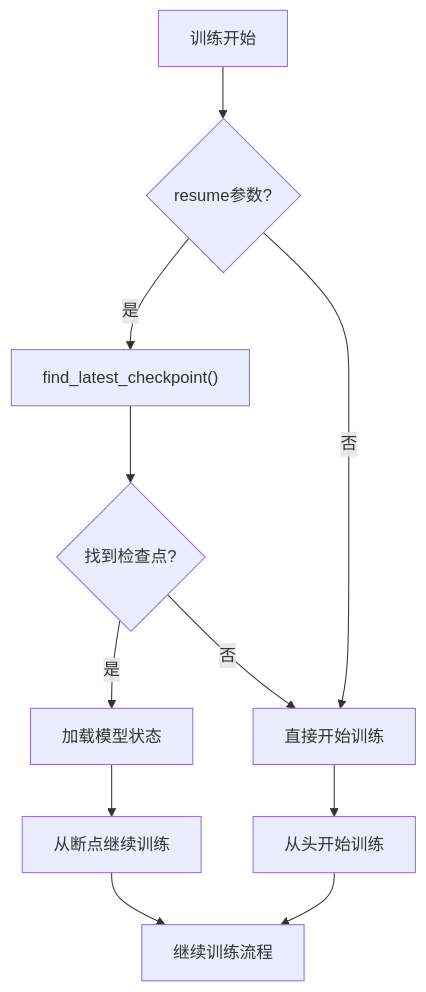
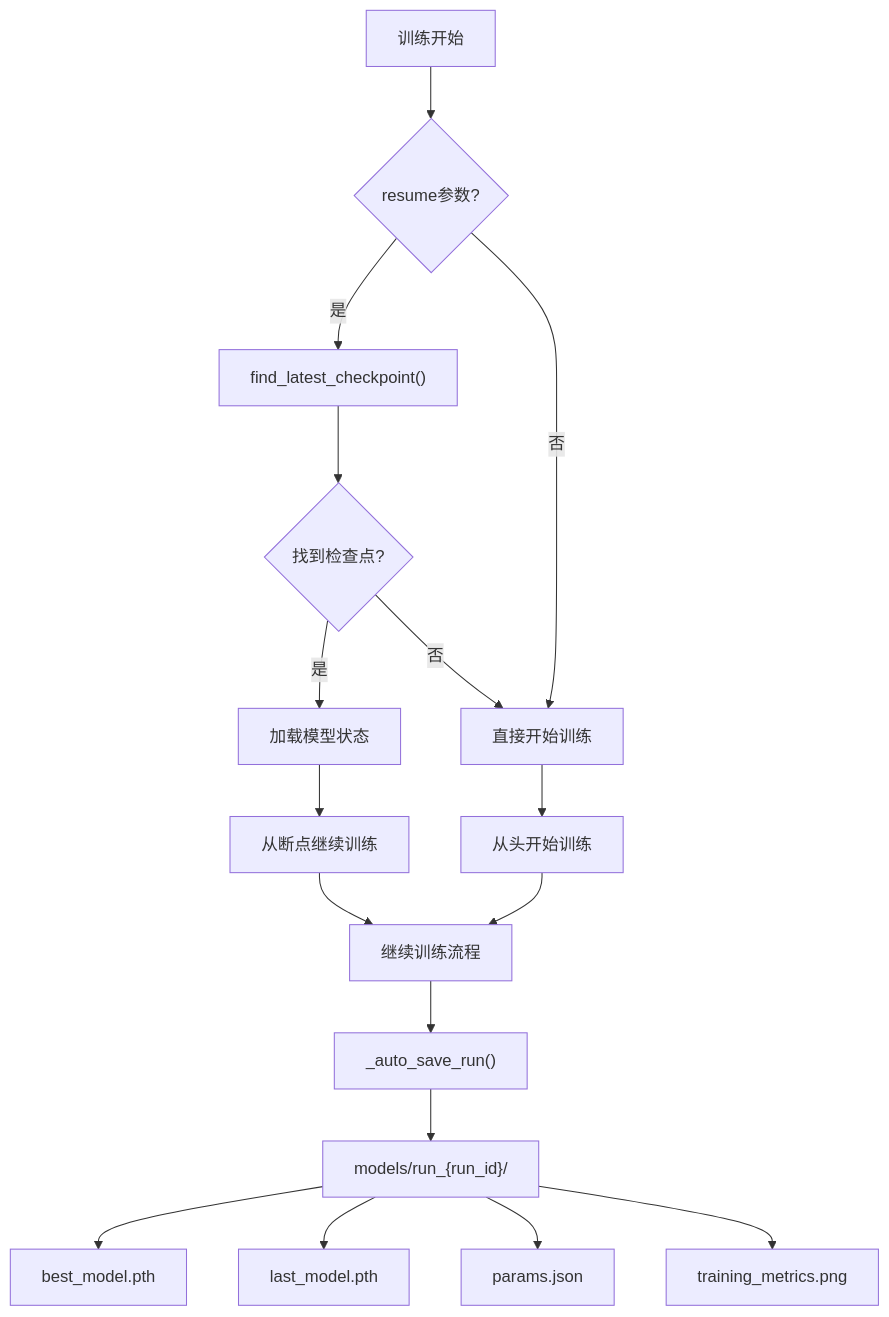
The seventh of 8 diagrams in .qoder/repowiki/zh/content/训练系统.md (fuweiq94-cloud/3399180760000), drawn with Mermaid before and after one commit. The commit also changed other lines of this file and 75 other files, not shown here.

````diff
--- a/.qoder/repowiki/zh/content/训练系统.md
+++ b/.qoder/repowiki/zh/content/训练系统.md
@@ -322,13 +343,19 @@
 ```mermaid
 flowchart TD
 Start["训练开始"] --> Check{"resume参数?"}
 Check --> |是| Find["find_latest_checkpoint()"]
 Check --> |否| Direct["直接开始训练"]
 Find --> Found{"找到检查点?"}
 Found --> |是| Load["加载模型状态"]
 Found --> |否| Direct
 Load --> Resume["从断点继续训练"]
 Direct --> Train["从头开始训练"]
 Resume --> Continue["继续训练流程"]
 Train --> Continue
+Continue --> AutoSave["_auto_save_run()"]
+AutoSave --> RunDir["models/run_{run_id}/"]
+RunDir --> Best["best_model.pth"]
+RunDir --> Last["last_model.pth"]
+RunDir --> Params["params.json"]
+RunDir --> Plot["training_metrics.png"]
 ```
````
